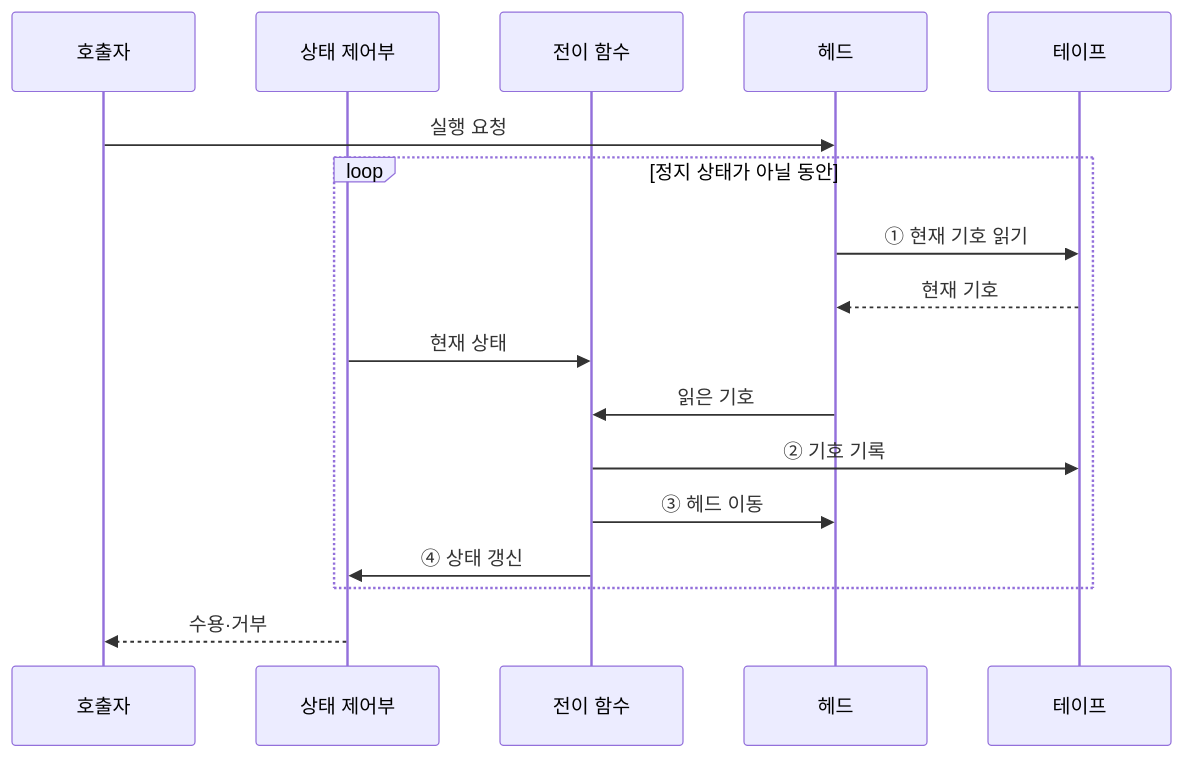
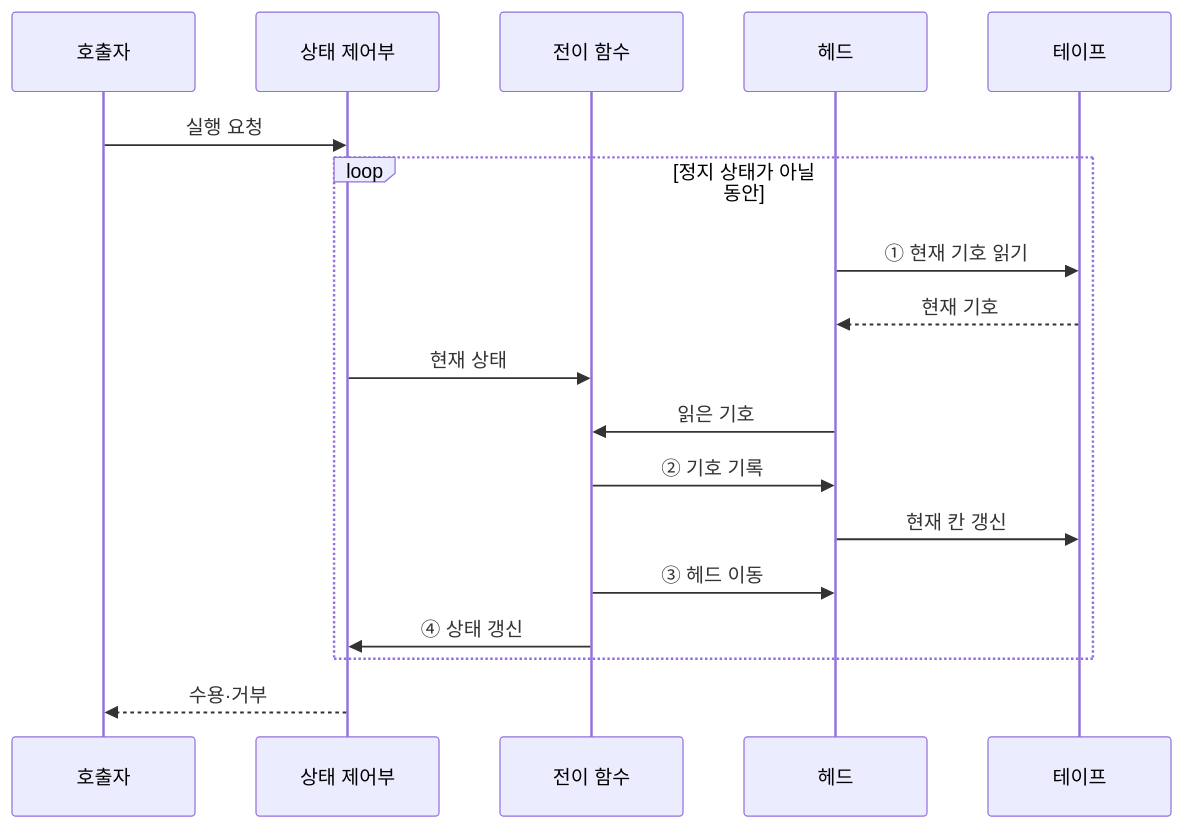
Before and after one commit to agnusdei1207/knowledge-base: the second of 2 diagrams in src/content/docs/notes/01-basic-theory/022_turing_machine.md, drawn with Mermaid. The commit also changed other lines of this file and 20 other files, not shown here.

````diff
--- a/src/content/docs/notes/01-basic-theory/022_turing_machine.md
+++ b/src/content/docs/notes/01-basic-theory/022_turing_machine.md
@@ -81,19 +82,20 @@
 ```mermaid
 sequenceDiagram
     participant Q as 호출자
     participant S as 상태 제어부
     participant T as 전이 함수
     participant H as 헤드
     participant P as 테이프
-    Q->>H: 실행 요청
+    Q->>S: 실행 요청
     loop 정지 상태가 아닐 동안
         H->>P: ① 현재 기호 읽기
         P-->>H: 현재 기호
         S->>T: 현재 상태
         H->>T: 읽은 기호
-        T->>P: ② 기호 기록
+        T->>H: ② 기호 기록
+        H->>P: 현재 칸 갱신
         T->>H: ③ 헤드 이동
         T->>S: ④ 상태 갱신
     end
     S-->>Q: 수용·거부
 ```
````
